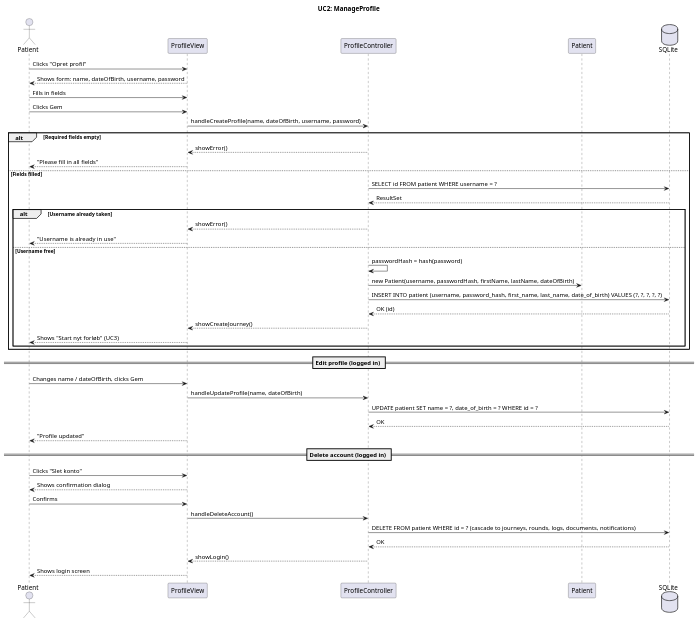
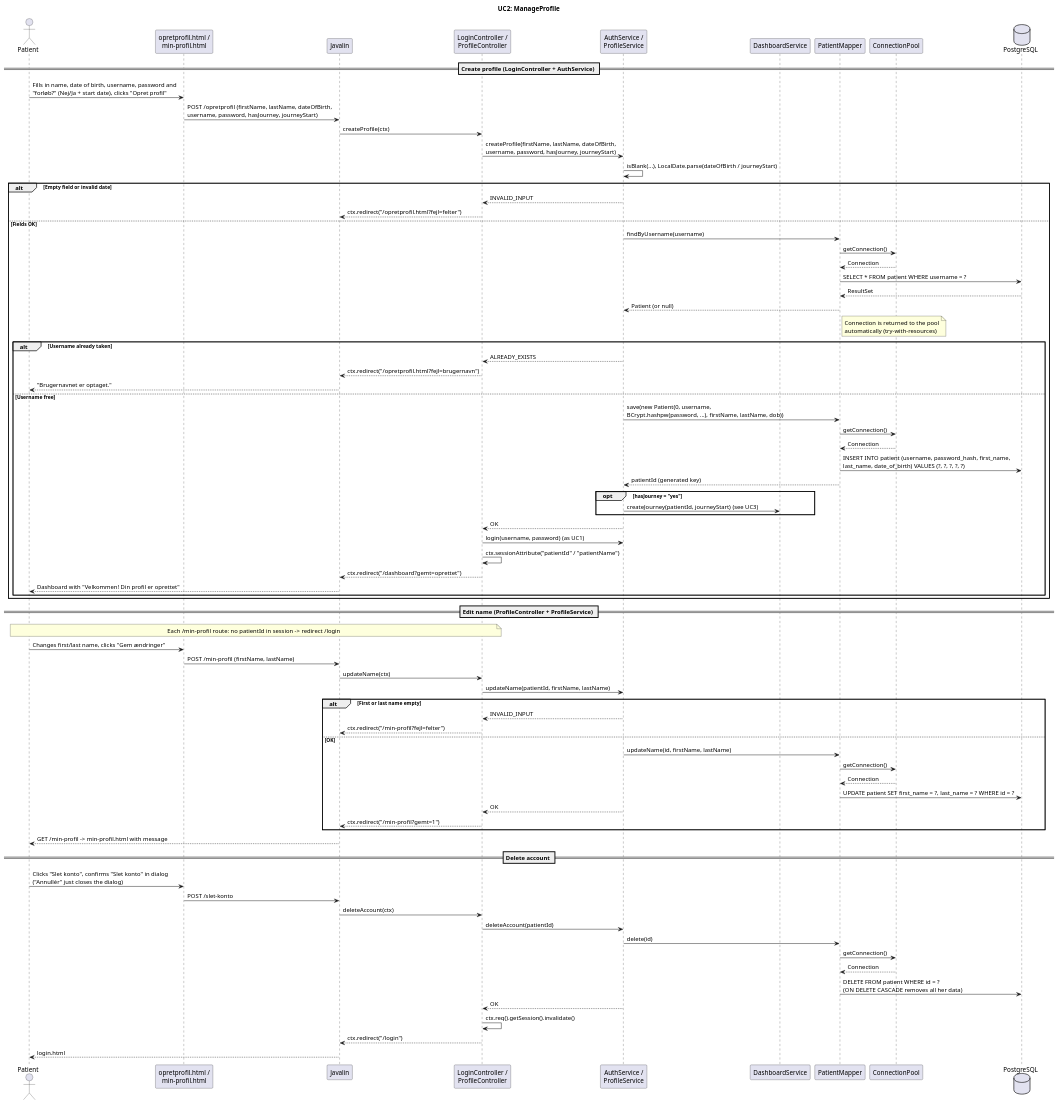
The diagram in doc/dynamic/UC2 - ManageProfile.puml (BesimaP/Simpl-PET-project), drawn with PlantUML before and after one commit. The commit also changed 61 other files, not shown here.

```diff
--- a/doc/dynamic/UC2 - ManageProfile.puml
+++ b/doc/dynamic/UC2 - ManageProfile.puml
@@ -1,55 +1,87 @@
 @startuml
 !pragma layout smetana
 
 title UC2: ManageProfile
 
 actor "Patient" as u
-participant "ProfileView" as v
-participant "ProfileController" as c
-participant "Patient" as m
-database "SQLite" as db
+participant "opretprofil.html /\nmin-profil.html" as v
+participant "Javalin" as j
+participant "LoginController /\nProfileController" as c
+participant "AuthService /\nProfileService" as s
+participant "DashboardService" as ds
+participant "PatientMapper" as pm
+participant "ConnectionPool" as cp
+database "PostgreSQL" as db
 
-u -> v : Clicks "Opret profil"
-v --> u : Shows form: name, dateOfBirth, username, password
-
-u -> v : Fills in fields
-u -> v : Clicks Gem
-v -> c : handleCreateProfile(name, dateOfBirth, username, password)
-
-alt Required fields empty
-  c --> v : showError()
-  v --> u : "Please fill in all fields"
-else Fields filled
-  c -> db : SELECT id FROM patient WHERE username = ?
-  db --> c : ResultSet
+== Create profile (LoginController + AuthService) ==
+u -> v : Fills in name, date of birth, username, password and\n"forløb?" (Nej/Ja + start date), clicks "Opret profil"
+v -> j : POST /opretprofil (firstName, lastName, dateOfBirth,\nusername, password, hasJourney, journeyStart)
+j -> c : createProfile(ctx)
+c -> s : createProfile(firstName, lastName, dateOfBirth,\nusername, password, hasJourney, journeyStart)
+s -> s : isBlank(...), LocalDate.parse(dateOfBirth / journeyStart)
+alt Empty field or invalid date
+  s --> c : INVALID_INPUT
+  c --> j : ctx.redirect("/opretprofil.html?fejl=felter")
+else Fields OK
+  s -> pm : findByUsername(username)
+  pm -> cp : getConnection()
+  cp --> pm : Connection
+  pm -> db : SELECT * FROM patient WHERE username = ?
+  db --> pm : ResultSet
+  pm --> s : Patient (or null)
+  note right of pm : Connection is returned to the pool\nautomatically (try-with-resources)
   alt Username already taken
-    c --> v : showError()
-    v --> u : "Username is already in use"
+    s --> c : ALREADY_EXISTS
+    c --> j : ctx.redirect("/opretprofil.html?fejl=brugernavn")
+    j --> u : "Brugernavnet er optaget."
   else Username free
-    c -> c : passwordHash = hash(password)
-    c -> m : new Patient(username, passwordHash, firstName, lastName, dateOfBirth)
-    c -> db : INSERT INTO patient (username, password_hash, first_name, last_name, date_of_birth) VALUES (?, ?, ?, ?, ?)
-    db --> c : OK (id)
-    c --> v : showCreateJourney()
-    v --> u : Shows "Start nyt forløb" (UC3)
+    s -> pm : save(new Patient(0, username,\nBCrypt.hashpw(password, ...), firstName, lastName, dob))
+    pm -> cp : getConnection()
+    cp --> pm : Connection
+    pm -> db : INSERT INTO patient (username, password_hash, first_name,\nlast_name, date_of_birth) VALUES (?, ?, ?, ?, ?)
+    pm --> s : patientId (generated key)
+    opt hasJourney = "yes"
+      s -> ds : createJourney(patientId, journeyStart) (see UC3)
+    end
+    s --> c : OK
+    c -> s : login(username, password) (as UC1)
+    c -> c : ctx.sessionAttribute("patientId" / "patientName")
+    c --> j : ctx.redirect("/dashboard?gemt=oprettet")
+    j --> u : Dashboard with "Velkommen! Din profil er oprettet"
   end
 end
 
-== Edit profile (logged in) ==
-u -> v : Changes name / dateOfBirth, clicks Gem
-v -> c : handleUpdateProfile(name, dateOfBirth)
-c -> db : UPDATE patient SET name = ?, date_of_birth = ? WHERE id = ?
-db --> c : OK
-v --> u : "Profile updated"
+== Edit name (ProfileController + ProfileService) ==
+note over u, c : Each /min-profil route: no patientId in session -> redirect /login
+u -> v : Changes first/last name, clicks "Gem ændringer"
+v -> j : POST /min-profil (firstName, lastName)
+j -> c : updateName(ctx)
+c -> s : updateName(patientId, firstName, lastName)
+alt First or last name empty
+  s --> c : INVALID_INPUT
+  c --> j : ctx.redirect("/min-profil?fejl=felter")
+else OK
+  s -> pm : updateName(id, firstName, lastName)
+  pm -> cp : getConnection()
+  cp --> pm : Connection
+  pm -> db : UPDATE patient SET first_name = ?, last_name = ? WHERE id = ?
+  s --> c : OK
+  c --> j : ctx.redirect("/min-profil?gemt=1")
+end
+j --> u : GET /min-profil -> min-profil.html with message
 
-== Delete account (logged in) ==
-u -> v : Clicks "Slet konto"
-v --> u : Shows confirmation dialog
-u -> v : Confirms
-v -> c : handleDeleteAccount()
-c -> db : DELETE FROM patient WHERE id = ? (cascade to journeys, rounds, logs, documents, notifications)
-db --> c : OK
-c --> v : showLogin()
-v --> u : Shows login screen
+== Delete account ==
+u -> v : Clicks "Slet konto", confirms "Slet konto" in dialog\n("Annullér" just closes the dialog)
+v -> j : POST /slet-konto
+j -> c : deleteAccount(ctx)
+c -> s : deleteAccount(patientId)
+s -> pm : delete(id)
+pm -> cp : getConnection()
+cp --> pm : Connection
+pm -> db : DELETE FROM patient WHERE id = ?\n(ON DELETE CASCADE removes all her data)
+s --> c : OK
+c -> c : ctx.req().getSession().invalidate()
+c --> j : ctx.redirect("/login")
+j --> u : login.html
 
 @enduml
```
